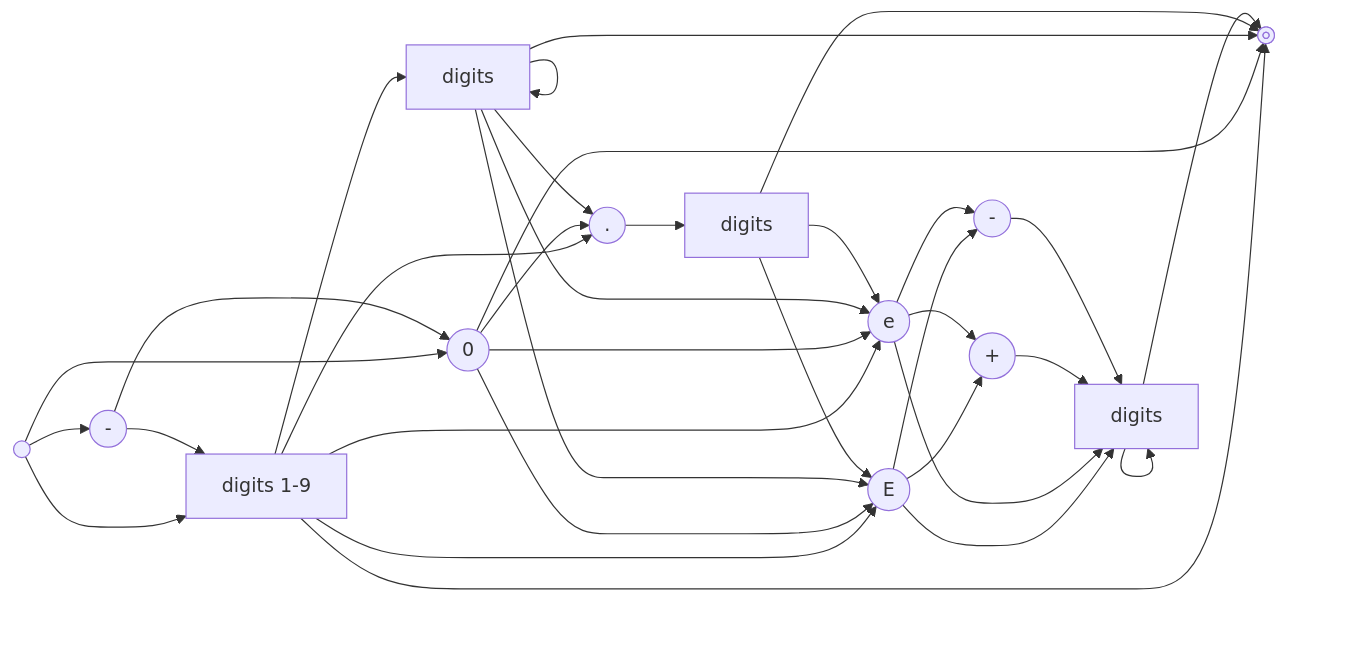
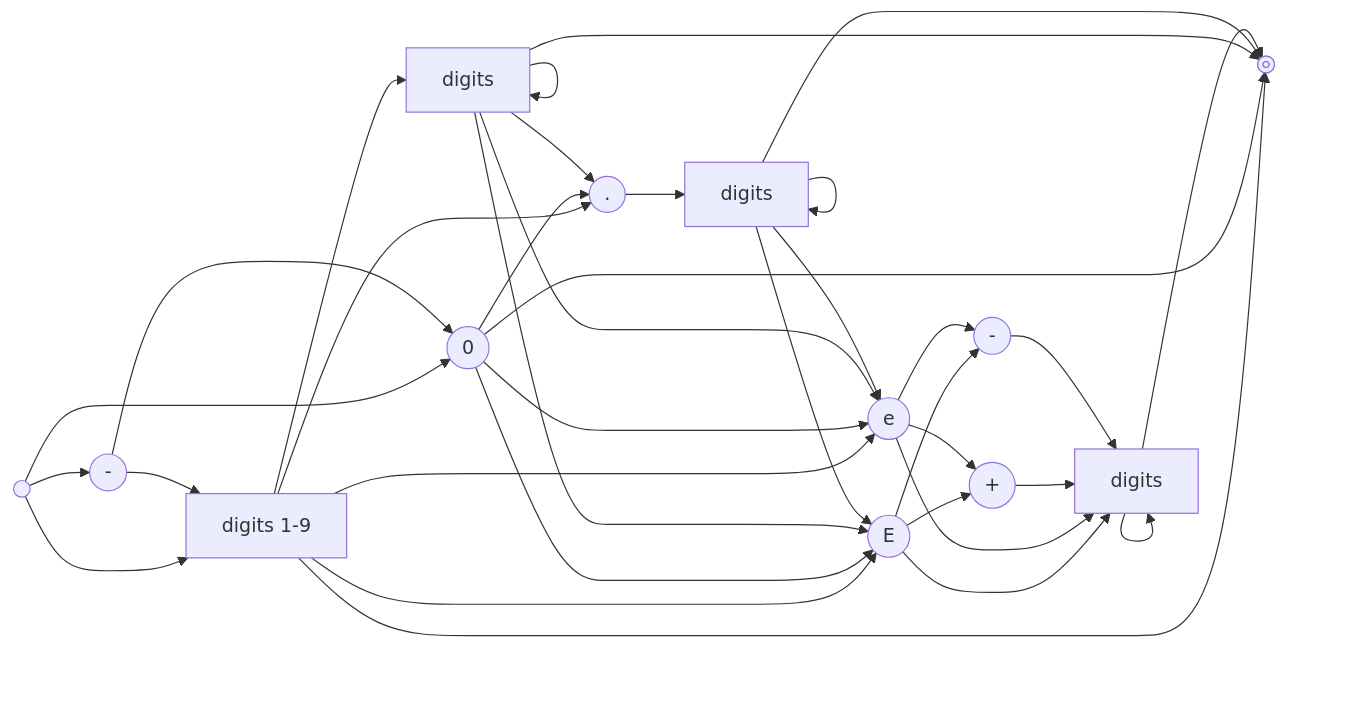
One commit to danielwohlgemuth/experiments changed the fifth of 6 diagrams in 2026/json-parser/json-diagrams.md. Above: the diagram before and after it, drawn with Mermaid. The commit also changed 1 other file, not shown here.

Commit message:
Add JSON validator for decimals

````diff
--- a/2026/json-parser/json-diagrams.md
+++ b/2026/json-parser/json-diagrams.md
@@ -161,54 +161,55 @@
 ```mermaid
 --- 
 config: 
   layout: elk1
 ---
 flowchart LR
     start@{ shape: start }
     stop@{ shape: stop }
     minus(("&nbsp;-&nbsp;"))
     zero(("&nbsp;0&nbsp;"))
     digits_1_9["digits 1-9"]
     digits
     digits_2[digits]
     digits_3[digits]
     period(("&nbsp;.&nbsp;"))
     E(("&nbsp;E&nbsp;"))
     e(("&nbsp;e&nbsp;"))
     minus_2(("&nbsp;-&nbsp;"))
     plus(("&nbsp;+&nbsp;"))
 
     start --> minus
     start --> digits_1_9
     start --> zero
     minus --> digits_1_9
     minus --> zero
     digits_1_9 --> digits
     digits_1_9 --> period
     digits_1_9 --> E
     digits_1_9 --> e
     digits_1_9 --> stop
     zero --> period
     zero --> E
     zero --> e
     zero --> stop
     digits --> digits
     digits --> period
     digits --> E
     digits --> e
     digits --> stop
     period --> digits_2
+    digits_2 --> digits_2
     digits_2 --> E
     digits_2 --> e
     digits_2 --> stop
     E --> plus
     E --> minus_2
     E --> digits_3
     e --> plus
     e --> minus_2
     e --> digits_3
     plus --> digits_3
     minus_2 --> digits_3
     digits_3 --> digits_3
     digits_3 --> stop
 ```
````
